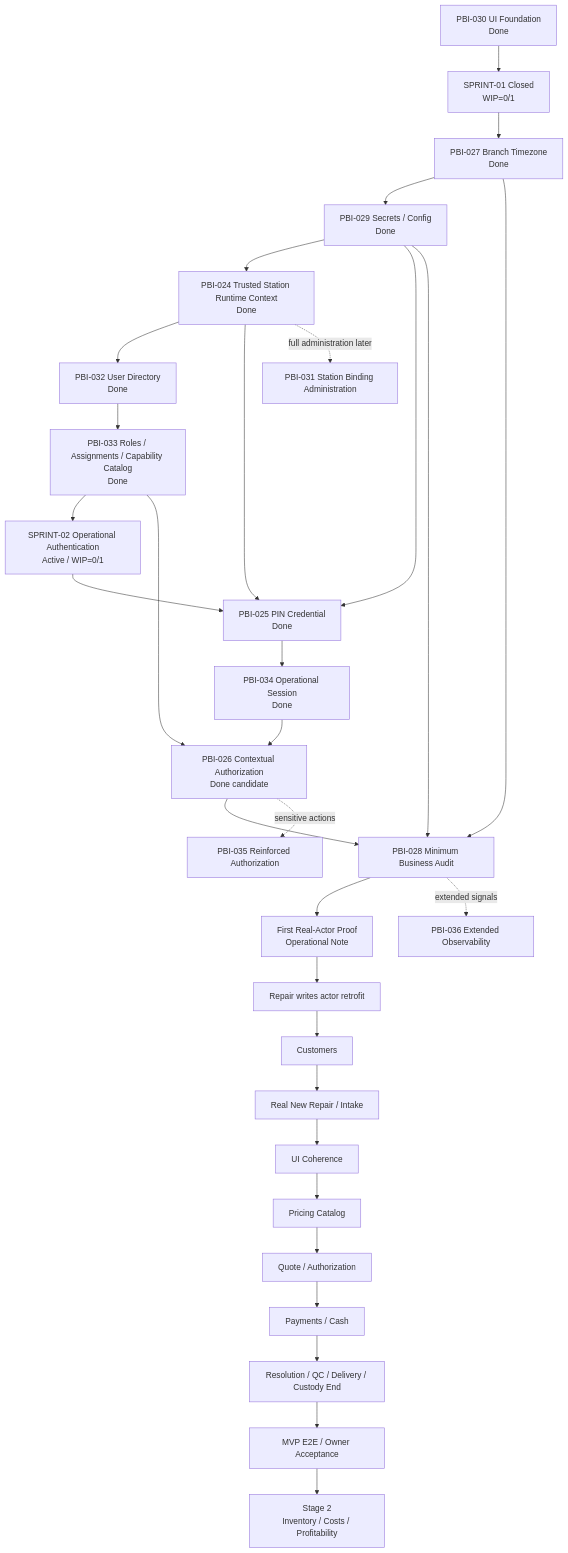
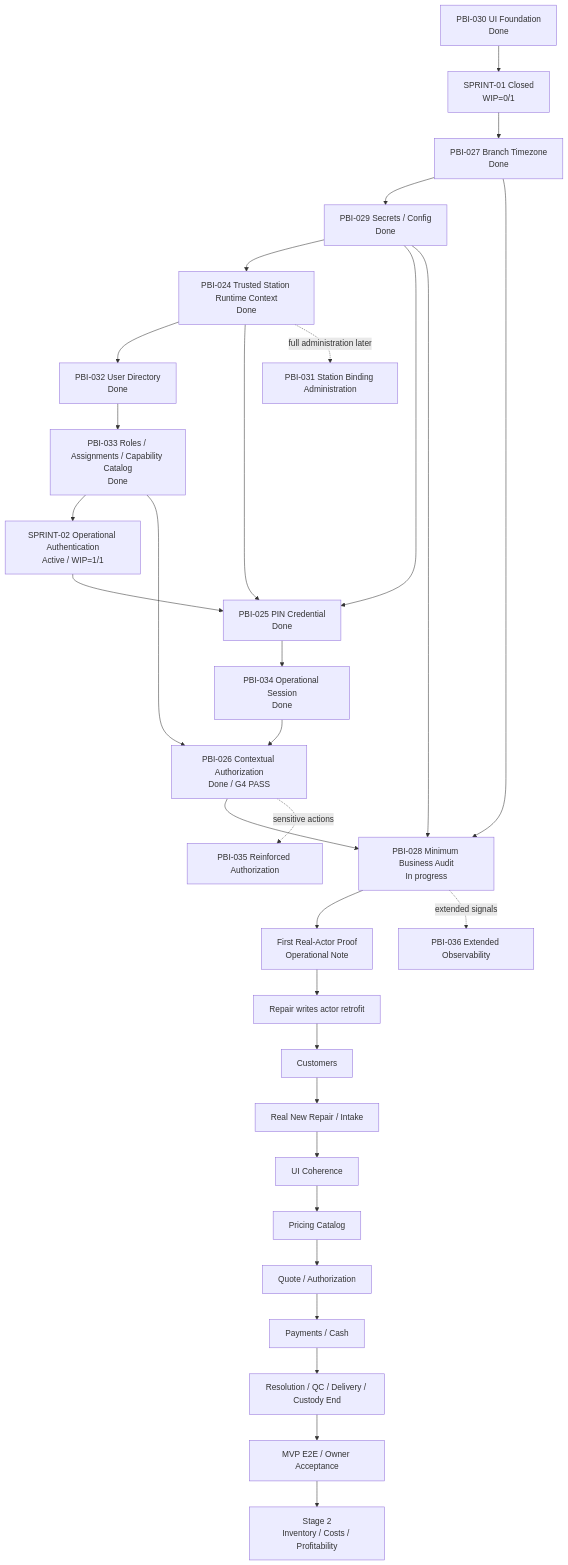
The diagram in docs/backlog/DEPENDENCY_MAP.md (luisgtzaviles/SrTaller-2.0), drawn with Mermaid before and after one commit. The commit also changed other lines of this file and 91 other files, not shown here.

````diff
--- a/docs/backlog/DEPENDENCY_MAP.md
+++ b/docs/backlog/DEPENDENCY_MAP.md
@@ -13,33 +13,33 @@
 ```mermaid
 flowchart TD
     P30[PBI-030 UI Foundation<br/>Done] --> S1[SPRINT-01 Closed<br/>WIP=0/1]
     S1 --> P27[PBI-027 Branch Timezone<br/>Done]
     P27 --> P29[PBI-029 Secrets / Config<br/>Done]
     P29 --> P24[PBI-024 Trusted Station Runtime Context<br/>Done]
     P24 --> P32[PBI-032 User Directory<br/>Done]
     P32 --> P33[PBI-033 Roles / Assignments / Capability Catalog<br/>Done]
-    P33 --> S2[SPRINT-02 Operational Authentication<br/>Active / WIP=0/1]
+    P33 --> S2[SPRINT-02 Operational Authentication<br/>Active / WIP=1/1]
     S2 --> P25[PBI-025 PIN Credential<br/>Done]
     P24 --> P25
     P29 --> P25
     P25 --> P34[PBI-034 Operational Session<br/>Done]
-    P34 --> P26[PBI-026 Contextual Authorization<br/>Done candidate]
+    P34 --> P26[PBI-026 Contextual Authorization<br/>Done / G4 PASS]
     P33 --> P26
-    P26 --> P28[PBI-028 Minimum Business Audit]
+    P26 --> P28[PBI-028 Minimum Business Audit<br/>In progress]
     P27 --> P28
     P29 --> P28
     P28 --> NOTE[First Real-Actor Proof<br/>Operational Note]
     NOTE --> RETRO[Repair writes actor retrofit]
     RETRO --> CUSTOMERS[Customers]
     CUSTOMERS --> INTAKE[Real New Repair / Intake]
     INTAKE --> POLISH[UI Coherence]
     POLISH --> PRICING[Pricing Catalog]
     PRICING --> QUOTE[Quote / Authorization]
     QUOTE --> MONEY[Payments / Cash]
     MONEY --> DELIVERY[Resolution / QC / Delivery / Custody End]
     DELIVERY --> MVP[MVP E2E / Owner Acceptance]
     P24 -. full administration later .-> P31[PBI-031 Station Binding Administration]
     P26 -. sensitive actions .-> P35[PBI-035 Reinforced Authorization]
     P28 -. extended signals .-> P36[PBI-036 Extended Observability]
     MVP --> STAGE2[Stage 2<br/>Inventory / Costs / Profitability]
 ```
````
